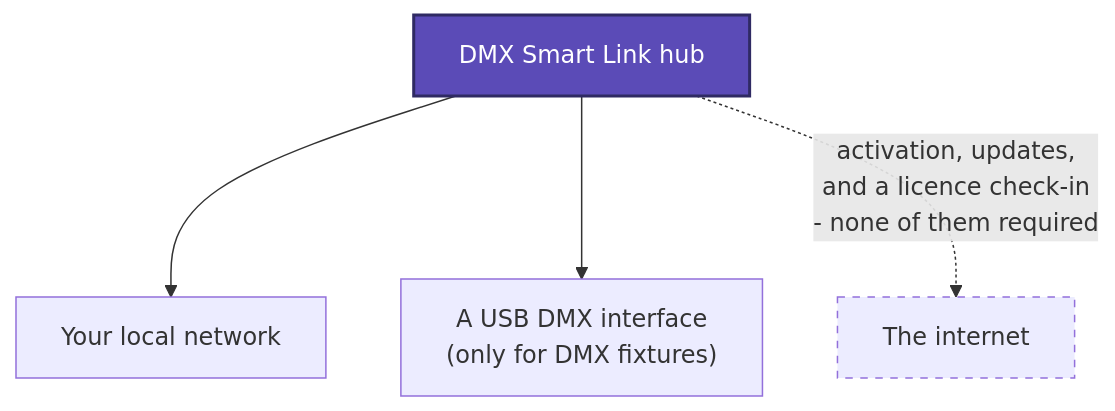
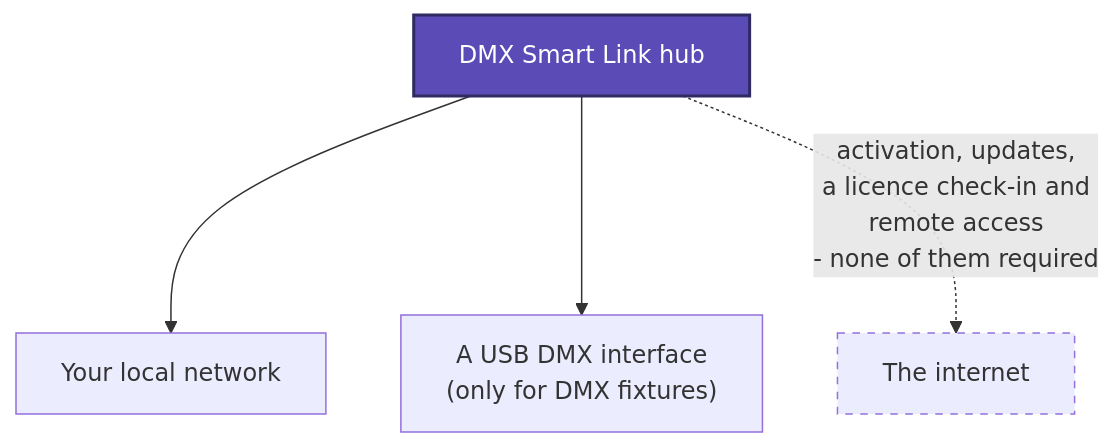
The ninth of 9 diagrams in docs/ARCHITECTURE.md (WhiteCrowSecurity/DMXSmartLink), drawn with Mermaid before and after one commit. The commit also changed other lines of this file and 11 other files, not shown here.

First line of the commit message:
docs: remote access, QR pairing, Hue live shows and MIDI for 2026.10.07.0005

````diff
--- a/docs/ARCHITECTURE.md
+++ b/docs/ARCHITECTURE.md
@@ -240,12 +251,12 @@
 ```mermaid
 graph TB
     HUB4["DMX Smart Link hub"]
     HUB4 --> D1["Your local network"]
     HUB4 --> D2["A USB DMX interface<br/>(only for DMX fixtures)"]
-    HUB4 -.->|"activation, updates,<br/>and a licence check-in<br/>- none of them required"| D3["The internet"]
+    HUB4 -.->|"activation, updates,<br/>a licence check-in and<br/>remote access<br/>- none of them required"| D3["The internet"]
 
     classDef opt stroke-dasharray: 5 5
     class D3 opt
     classDef hub fill:#5b4bb7,stroke:#2f2a63,color:#fff,stroke-width:2px
     class HUB4 hub
 ```
````
